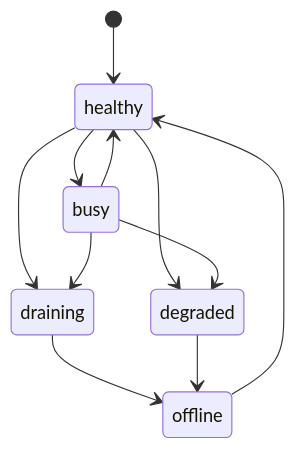
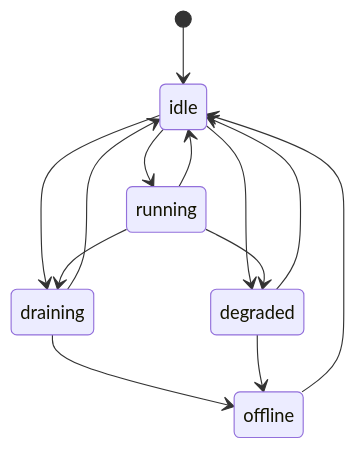
Before and after one commit to arfiligol/superconducting-circuits-research-workbench: the second of 2 diagrams in docs/reference/app/shared/task-runtime-and-processors.md, drawn with Mermaid. The commit also changed other lines of this file and 6 other files, not shown here.

````diff
--- a/docs/reference/app/shared/task-runtime-and-processors.md
+++ b/docs/reference/app/shared/task-runtime-and-processors.md
@@ -154,13 +169,15 @@
 ```mermaid
 stateDiagram-v2
-    [*] --> healthy
-    healthy --> busy
-    busy --> healthy
-    healthy --> degraded
-    busy --> degraded
-    healthy --> draining
-    busy --> draining
+    [*] --> idle
+    idle --> running
+    running --> idle
+    idle --> degraded
+    running --> degraded
+    idle --> draining
+    running --> draining
+    draining --> idle
+    degraded --> idle
     draining --> offline
     degraded --> offline
-    offline --> healthy
+    offline --> idle
 ```
````
